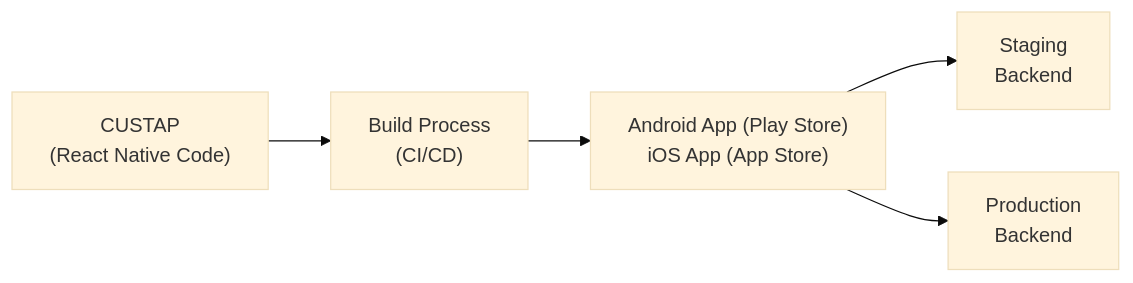
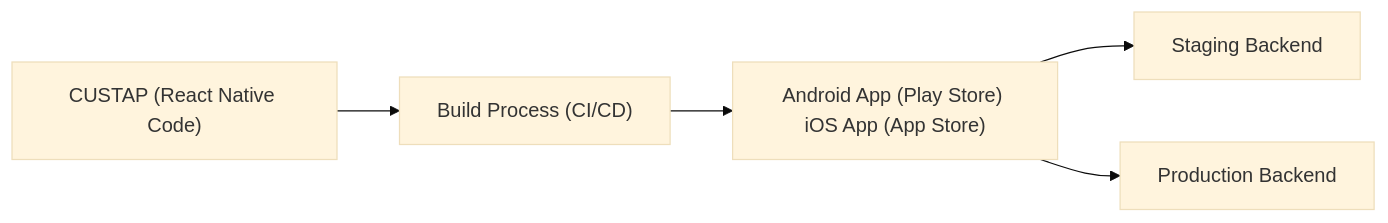
Before and after one commit to PraveenGPTrueReach/solarium-docs: the sixth of 6 diagrams in L3-LLD-CUSTAP.md, drawn with Mermaid (base theme). The commit also changed other lines of this file and 5 other files, not shown here.

````diff
--- a/L3-LLD-CUSTAP.md
+++ b/L3-LLD-CUSTAP.md
@@ -353,13 +353,13 @@
 ```mermaid
 graph LR
-    A["CUSTAP\n(React Native Code)"]
-    B["Build Process\n(CI/CD)"]
-    C["Android App (Play Store)\niOS App (App Store)"]
-    D["Staging\nBackend"]
-    E["Production\nBackend"]
+    A["CUSTAP (React Native Code)"]
+    B["Build Process (CI/CD)"]
+    C["Android App (Play Store) iOS App (App Store)"]
+    D["Staging Backend"]
+    E["Production Backend"]
 
     A --> B
     B --> C
     C --> D
     C --> E
 ```
````
